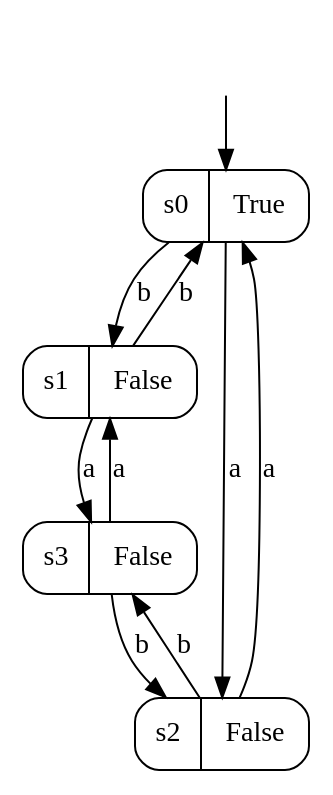
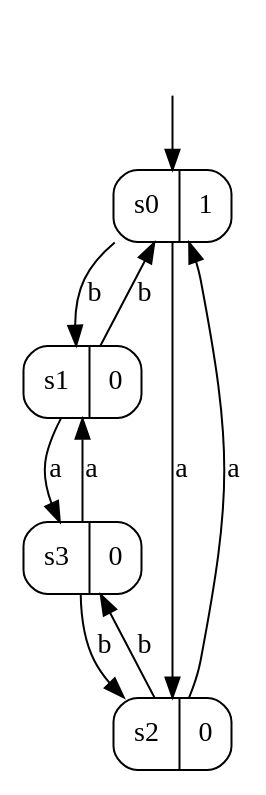
Before and after one commit to DES-Lab/AALpy: the diagram in DotModels/Angluin_Moore.dot, drawn with Graphviz. The commit also changed 2 other files, not shown here.

```diff
--- a/DotModels/Angluin_Moore.dot
+++ b/DotModels/Angluin_Moore.dot
@@ -1,16 +1,16 @@
 digraph Angluin_Moore {
-s0 [label="s0|True", shape=record, style=rounded];
-s1 [label="s1|False", shape=record, style=rounded];
-s2 [label="s2|False", shape=record, style=rounded];
-s3 [label="s3|False", shape=record, style=rounded];
+s0 [label="s0|1", shape=record, style=rounded];
+s1 [label="s1|0", shape=record, style=rounded];
+s2 [label="s2|0", shape=record, style=rounded];
+s3 [label="s3|0", shape=record, style=rounded];
 s0 -> s2  [label=a];
 s0 -> s1  [label=b];
 s1 -> s3  [label=a];
 s1 -> s0  [label=b];
 s2 -> s0  [label=a];
 s2 -> s3  [label=b];
 s3 -> s1  [label=a];
 s3 -> s2  [label=b];
 __start0 [label="", shape=none];
 __start0 -> s0  [label=""];
 }
```
